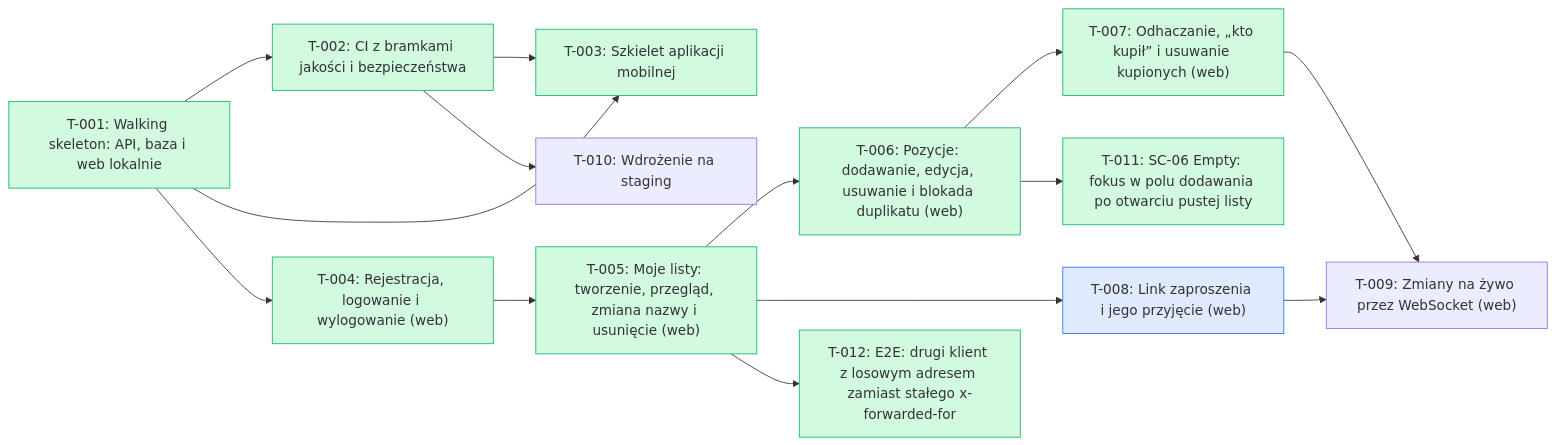
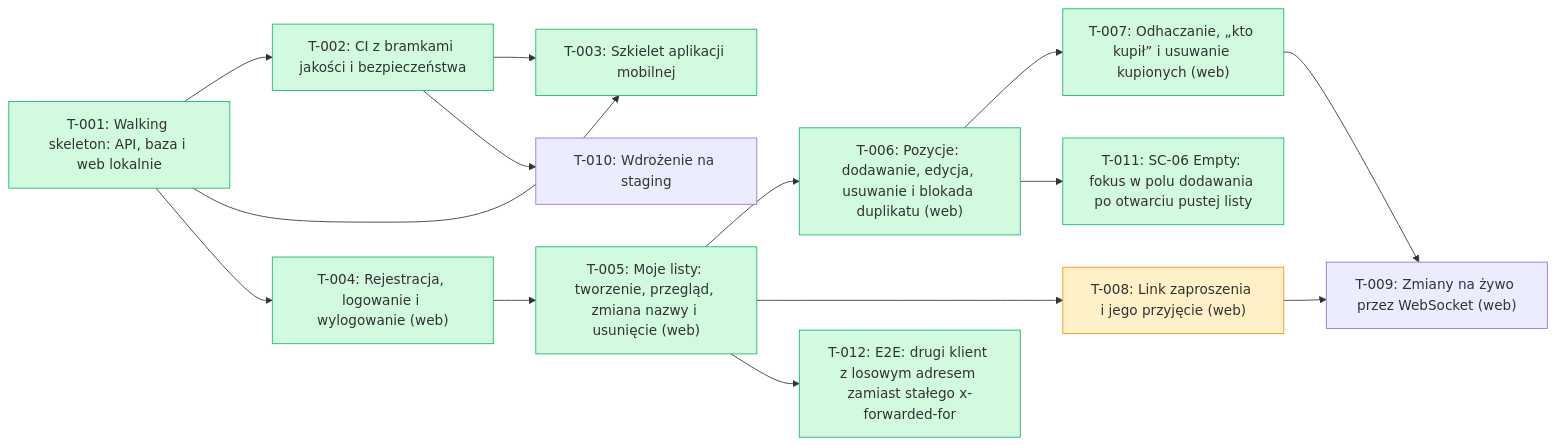
One commit to tombraz/lista-zakupow changed the diagram in docs/backlog/index.md. Above: the diagram before and after it, drawn with Mermaid. The commit also changed other lines of this file and 1 other file, not shown here.

````diff
--- a/docs/backlog/index.md
+++ b/docs/backlog/index.md
@@ -17,32 +17,32 @@
 ```mermaid
 flowchart LR
   T_001["T-001: Walking skeleton: API, baza i web lokalnie"]:::done
   T_002["T-002: CI z bramkami jakości i bezpieczeństwa"]:::done
   T_003["T-003: Szkielet aplikacji mobilnej"]:::done
   T_004["T-004: Rejestracja, logowanie i wylogowanie (web)"]:::done
   T_005["T-005: Moje listy: tworzenie, przegląd, zmiana nazwy i usunięcie (web)"]:::done
   T_006["T-006: Pozycje: dodawanie, edycja, usuwanie i blokada duplikatu (web)"]:::done
   T_007["T-007: Odhaczanie, „kto kupił” i usuwanie kupionych (web)"]:::done
-  T_008["T-008: Link zaproszenia i jego przyjęcie (web)"]:::qa
+  T_008["T-008: Link zaproszenia i jego przyjęcie (web)"]:::wip
   T_009["T-009: Zmiany na żywo przez WebSocket (web)"]
   T_010["T-010: Wdrożenie na staging"]
   T_011["T-011: SC-06 Empty: fokus w polu dodawania po otwarciu pustej listy"]:::done
   T_012["T-012: E2E: drugi klient z losowym adresem zamiast stałego x-forwarded-for"]:::done
   T_001 --> T_002
   T_001 --> T_003
   T_002 --> T_003
   T_001 --> T_004
   T_004 --> T_005
   T_005 --> T_006
   T_006 --> T_007
   T_005 --> T_008
   T_007 --> T_009
   T_008 --> T_009
   T_002 --> T_010
   T_006 --> T_011
   T_005 --> T_012
   classDef done fill:#d1fadf,stroke:#12b76a
   classDef wip fill:#fef0c7,stroke:#f79009
   classDef qa fill:#e0eaff,stroke:#2970ff
   classDef blocked fill:#fee4e2,stroke:#f04438
 ```
````
